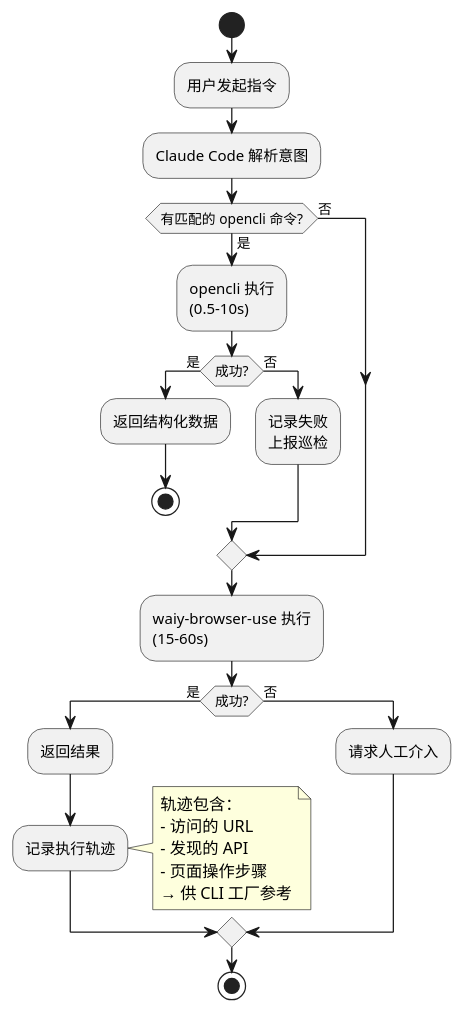
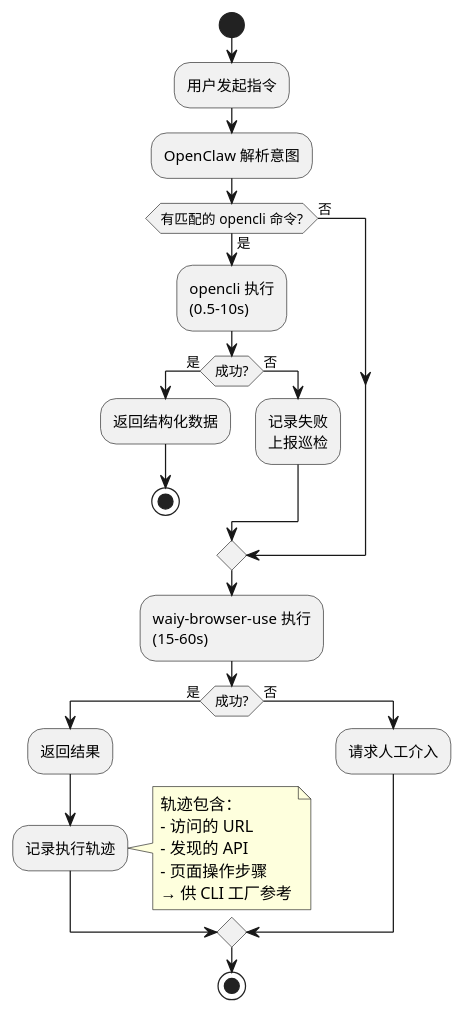
One commit to shadow-cyan/OpenCLI changed the third of 3 diagrams in doc/office-automation-architecture.md. Above: the diagram before and after it, drawn with PlantUML. The commit also changed other lines of this file, not shown here.

````diff
--- a/doc/office-automation-architecture.md
+++ b/doc/office-automation-architecture.md
@@ -496,39 +578,39 @@
 ```plantuml
 @startuml
 skinparam activityShape roundedBox
 
 start
 :用户发起指令;
 
-:Claude Code 解析意图;
+:OpenClaw 解析意图;
 
 if (有匹配的 opencli 命令?) then (是)
   :opencli 执行\n(0.5-10s);
   if (成功?) then (是)
     :返回结构化数据;
     stop
   else (否)
     :记录失败\n上报巡检;
   endif
 else (否)
 endif
 
 :waiy-browser-use 执行\n(15-60s);
 if (成功?) then (是)
   :返回结果;
   :记录执行轨迹;
   note right
     轨迹包含：
     - 访问的 URL
     - 发现的 API
     - 页面操作步骤
     → 供 CLI 工厂参考
   end note
 else (否)
   :请求人工介入;
 endif
 
 stop
 
 @enduml
 ```
````
